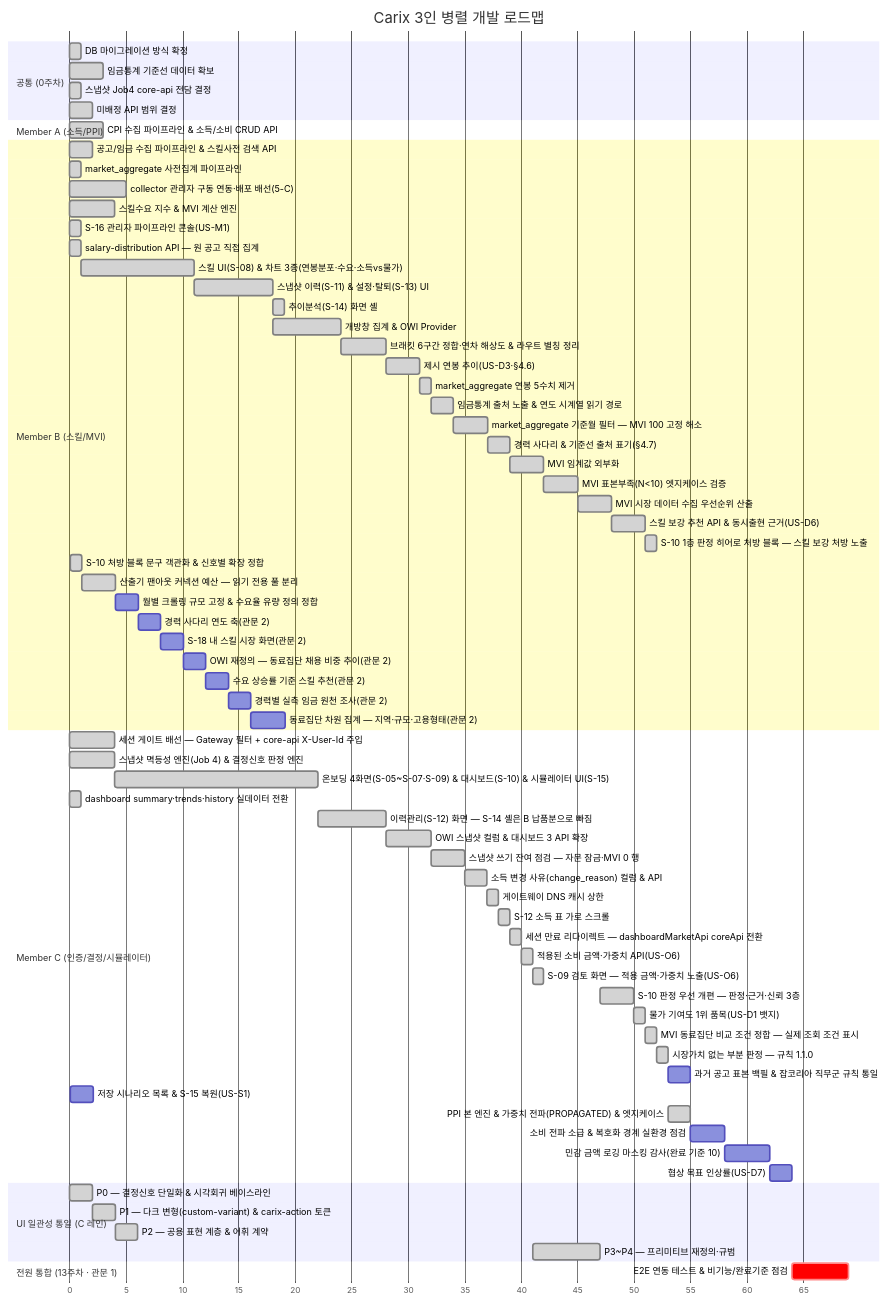
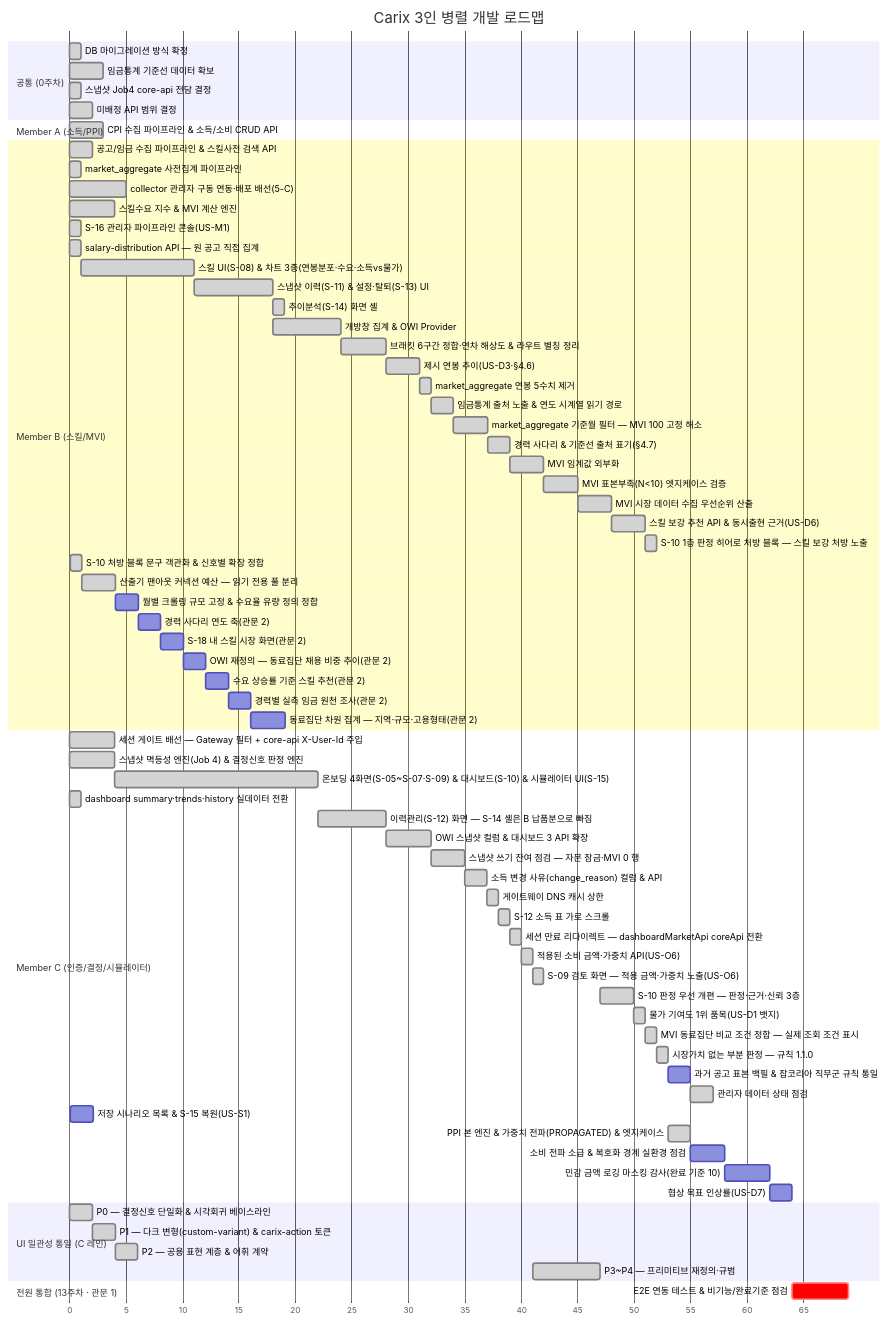
Before and after one commit to SeoHyeokGyu/Carix: the first of 2 diagrams in docs/plans/carix-dev-plan.md, drawn with Mermaid. The commit also changed other lines of this file and 2 other files, not shown here.

Commit message:
docs: 관리자 데이터 상태 점검을 API 규격·데이터 아키텍처·계획에 반영한다

````diff
--- a/docs/plans/carix-dev-plan.md
+++ b/docs/plans/carix-dev-plan.md
@@ -94,75 +94,76 @@
 ```mermaid
 gantt
     title Carix 3인 병렬 개발 로드맵
     dateFormat X
     axisFormat %s
     section 공통 (0주차)
     DB 마이그레이션 방식 확정 :done, c0a, 0, 1s
     임금통계 기준선 데이터 확보 :done, a0, 3, 3s
     스냅샷 Job4 core-api 전담 결정 :done, i0, 7, 1s
     미배정 API 범위 결정 :done, c0, 7, 2s
     section Member A (소득/PPI)
     CPI 수집 파이프라인 & 소득/소비 CRUD API :done, a1, 12, 3s
     section Member B (스킬/MVI)
     공고/임금 수집 파이프라인 & 스킬사전 검색 API :done, b1, 2, 2s
     market_aggregate 사전집계 파이프라인 :done, b2a, 3, 1s
     collector 관리자 구동 연동·배포 배선(5-C) :done, b0, 7, 5s
     스킬수요 지수 & MVI 계산 엔진 :done, b2, 8, 4s
     S-16 관리자 파이프라인 콘솔(US-M1) :done, b16, 14, 1s
     salary-distribution API — 원 공고 직접 집계 :done, b3a, 15, 1s
     스킬 UI(S-08) & 차트 3종(연봉분포·수요·소득vs물가) :done, b3, after b3a, 10s
     스냅샷 이력(S-11) & 설정·탈퇴(S-13) UI :done, b4, after b3, 7s
     추이분석(S-14) 화면 셸 :done, b4a, after b4, 1s
     개방창 집계 & OWI Provider :done, b6, after b4, 6s
     브래킷 6구간 정합·연차 해상도 & 라우트 별칭 정리 :done, b7, after b6, 4s
     제시 연봉 추이(US-D3·§4.6) :done, b10, after b7, 3s
     market_aggregate 연봉 5수치 제거 :done, b11, after b10, 1s
     임금통계 출처 노출 & 연도 시계열 읽기 경로 :done, b13, after b11, 2s
     market_aggregate 기준월 필터 — MVI 100 고정 해소 :done, b18, after b13, 3s
     경력 사다리 & 기준선 출처 표기(§4.7) :done, b12, after b18, 2s
     MVI 임계값 외부화 :done, b8, after b12, 3s
     MVI 표본부족(N<10) 엣지케이스 검증 :done, b8a, after b8, 3s
     MVI 시장 데이터 수집 우선순위 산출 :done, b8b, after b8a, 3s
     스킬 보강 추천 API & 동시출현 근거(US-D6) :done, b9, after b8b, 3s
     S-10 1층 판정 히어로 처방 블록 — 스킬 보강 처방 노출 :done, b15, after b9, 1s
     S-10 처방 블록 문구 객관화 & 신호별 확장 정합 :done, b20, 83, 1s
     산출기 팬아웃 커넥션 예산 — 읽기 전용 풀 분리 :done, b17, after b20, 3s
     월별 크롤링 규모 고정 & 수요율 유량 정의 정합 :b21, after b17, 2s
     경력 사다리 연도 축(관문 2) :b14, after b21, 2s
     S-18 내 스킬 시장 화면(관문 2) :b19, after b14, 2s
     OWI 재정의 — 동료집단 채용 비중 추이(관문 2) :b22, after b19, 2s
     수요 상승률 기준 스킬 추천(관문 2) :b23, after b22, 2s
     경력별 실측 임금 원천 조사(관문 2) :b24, after b23, 2s
     동료집단 차원 집계 — 지역·규모·고용형태(관문 2) :b25, after b24, 3s
     section Member C (인증/결정/시뮬레이터)
     세션 게이트 배선 — Gateway 필터 + core-api X-User-Id 주입 :done, c0b, 7, 4s
     스냅샷 멱등성 엔진(Job 4) & 결정신호 판정 엔진 :done, c2, 8, 4s
     온보딩 4화면(S-05~S-07·S-09) & 대시보드(S-10) & 시뮬레이터 UI(S-15) :done, c3, after c2, 18s
     dashboard summary·trends·history 실데이터 전환 :done, c4a, 15, 1s
     이력관리(S-12) 화면 — S-14 셸은 B 납품분으로 빠짐 :done, c4, after c3, 6s
     OWI 스냅샷 컬럼 & 대시보드 3 API 확장 :done, c6, after c4, 4s
     스냅샷 쓰기 잔여 점검 — 자문 잠금·MVI 0 행 :done, c5, after c6, 3s
     소득 변경 사유(change_reason) 컬럼 & API :done, c10, after c5, 2s
     게이트웨이 DNS 캐시 상한 :done, c7, after c10, 1s
     S-12 소득 표 가로 스크롤 :done, c13, after c7, 1s
     세션 만료 리다이렉트 — dashboardMarketApi coreApi 전환 :done, c16, after c13, 1s
     적용된 소비 금액·가중치 API(US-O6) :done, c11, after c16, 1s
     S-09 검토 화면 — 적용 금액·가중치 노출(US-O6) :done, c17, after c11, 1s
     S-10 판정 우선 개편 — 판정·근거·신뢰 3층 :done, c15, after ui3, 3s
     물가 기여도 1위 품목(US-D1 뱃지) :done, c12, after c15, 1s
     MVI 동료집단 비교 조건 정합 — 실제 조회 조건 표시 :done, c22, after c12, 1s
     시장가치 없는 부분 판정 — 규칙 1.1.0 :done, c23, after c22, 1s
     과거 공고 표본 백필 & 잡코리아 직무군 규칙 통일 :c24, after c23, 2s
+    관리자 데이터 상태 점검 :done, c25, after c24, 2s
     저장 시나리오 목록 & S-15 복원(US-S1) :c9, 83, 2s
     PPI 본 엔진 & 가중치 전파(PROPAGATED) & 엣지케이스 :done, a2, after c23, 2s
     소비 전파 소급 & 복호화 경계 실환경 점검 :a12, after a2 c9, 3s
     민감 금액 로깅 마스킹 감사(완료 기준 10) :a7, after a12, 4s
     협상 목표 인상률(US-D7) :c8, after a7, 2s
     section UI 일관성 통일 (C 레인)
     P0 — 결정신호 단일화 & 시각회귀 베이스라인 :done, ui0, 33, 2s
     P1 — 다크 변형(custom-variant) & carix-action 토큰 :done, ui1, after ui0, 2s
     P2 — 공용 표현 계층 & 어휘 계약 :done, ui2, after ui1, 2s
     P3~P4 — 프리미티브 재정의·규범 :done, ui3, after c11, 6s
     section 전원 통합 (13주차 · 관문 1)
     E2E 연동 테스트 & 비기능/완료기준 점검 :crit, e2e, after b21 c8, 5s
 ```
````
